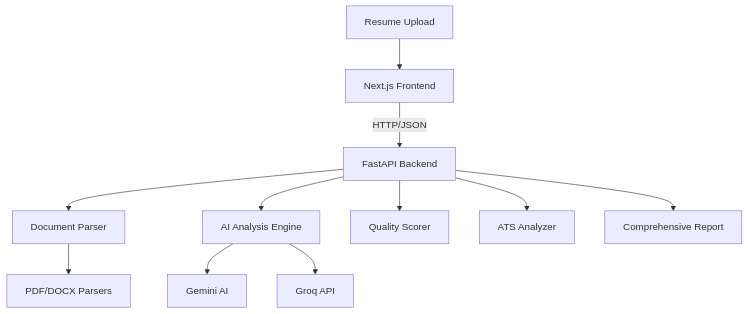
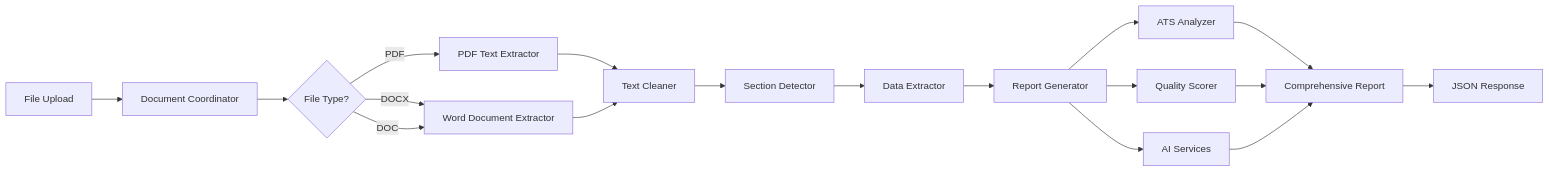
One commit to raai2005/Resume-Analyzer changed the third of 4 diagrams in README.md. Above: the diagram before and after it, drawn with Mermaid. The commit also changed other lines of this file, not shown here.

````diff
--- a/README.md
+++ b/README.md
@@ -79,13 +251,26 @@
 ```mermaid
-graph TB
-    A[Next.js Frontend] -->|HTTP/JSON| B[FastAPI Backend]
-    B --> C[Document Parser]
-    C --> D[PDF/DOCX Parsers]
-    B --> E[AI Analysis Engine]
-    E --> F[Gemini AI]
-    E --> G[Groq API]
-    B --> H[Quality Scorer]
-    B --> I[ATS Analyzer]
-    J[Resume Upload] --> A
-    B --> K[Comprehensive Report]
+graph LR
+    A[File Upload] --> B[Document Coordinator]
+    B --> C{File Type?}
+    
+    C -->|PDF| D[PDF Text Extractor]
+    C -->|DOCX| E[Word Document Extractor]
+    C -->|DOC| E
+    
+    D --> F[Text Cleaner]
+    E --> F
+    
+    F --> G[Section Detector]
+    G --> H[Data Extractor]
+    H --> I[Report Generator]
+    
+    I --> J[ATS Analyzer]
+    I --> K[Quality Scorer]
+    I --> L[AI Services]
+    
+    J --> M[Comprehensive Report]
+    K --> M
+    L --> M
+    
+    M --> N[JSON Response]
 ```
````
